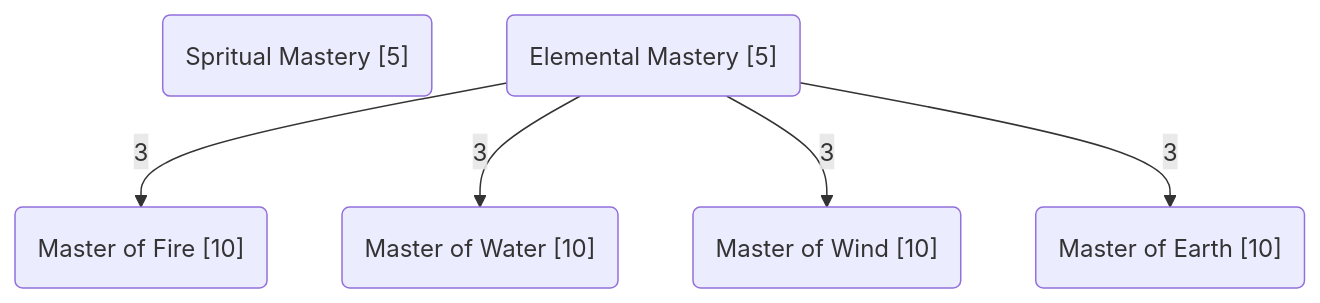
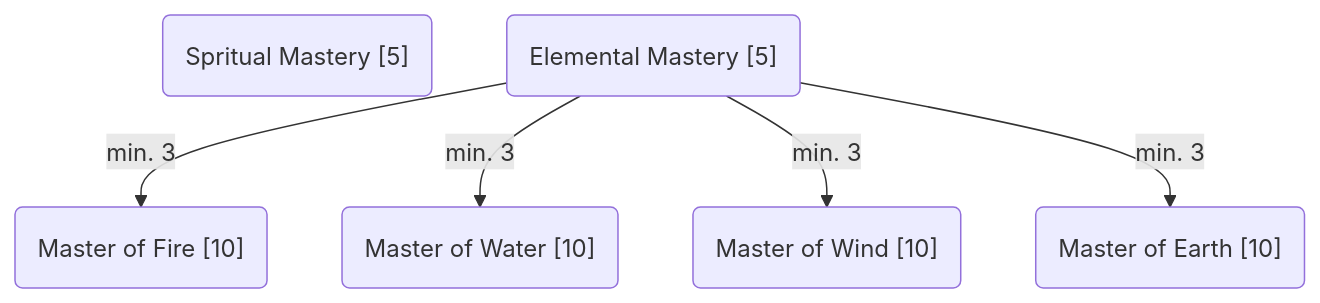
The diagram in content/docs/mechanics/skills.md (tfelix/bestia-docs), drawn with Mermaid before and after one commit. The commit also changed other lines of this file and 3 other files, not shown here.

```diff
--- a/content/docs/mechanics/skills.md
+++ b/content/docs/mechanics/skills.md
@@ -57,8 +57,8 @@
 {{< mermaid >}}
 graph TD
   SPRITIUAL_MASTERY("Spritual Mastery [5]")
-  ELEMENTAL_MASTERY("Elemental Mastery [5]")-->|3|MASTER_OF_FIRE("Master of Fire [10]")
-  ELEMENTAL_MASTERY-->|3|MASTER_OF_WATER("Master of Water [10]")
-  ELEMENTAL_MASTERY-->|3|MASTER_OF_WIND("Master of Wind [10]")
-  ELEMENTAL_MASTERY-->|3|MASTER_OF_EARTH("Master of Earth [10]")
+  ELEMENTAL_MASTERY("Elemental Mastery [5]")-->|min. 3|MASTER_OF_FIRE("Master of Fire [10]")
+  ELEMENTAL_MASTERY-->|min. 3|MASTER_OF_WATER("Master of Water [10]")
+  ELEMENTAL_MASTERY-->|min. 3|MASTER_OF_WIND("Master of Wind [10]")
+  ELEMENTAL_MASTERY-->|min. 3|MASTER_OF_EARTH("Master of Earth [10]")
 {{< /mermaid >}}
```
